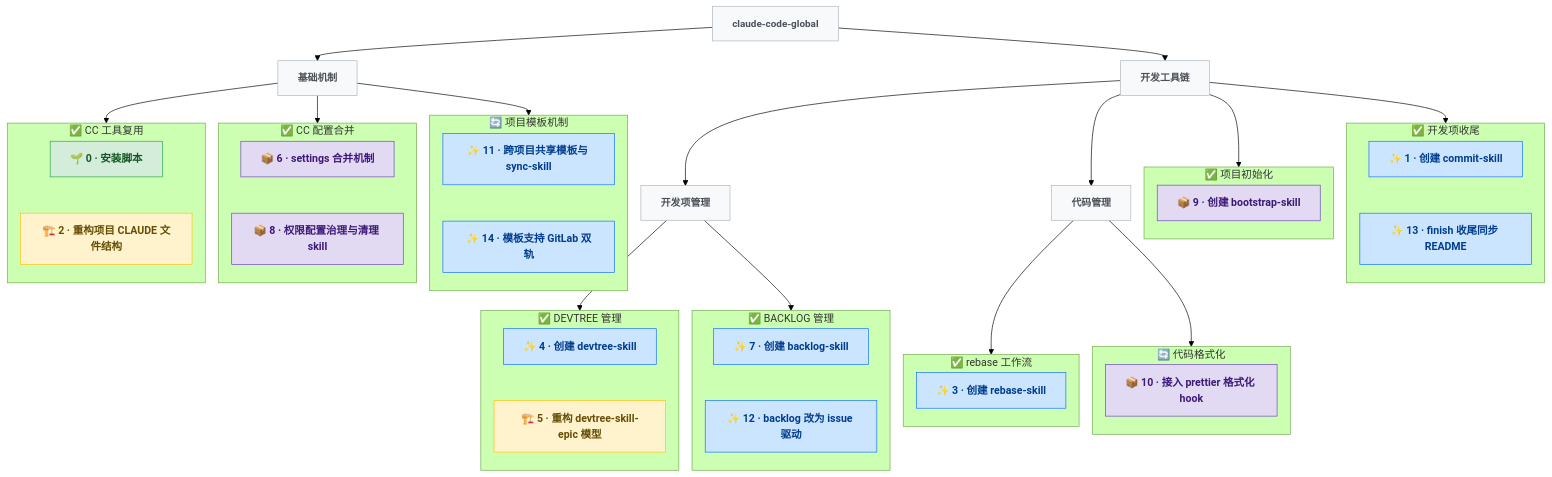
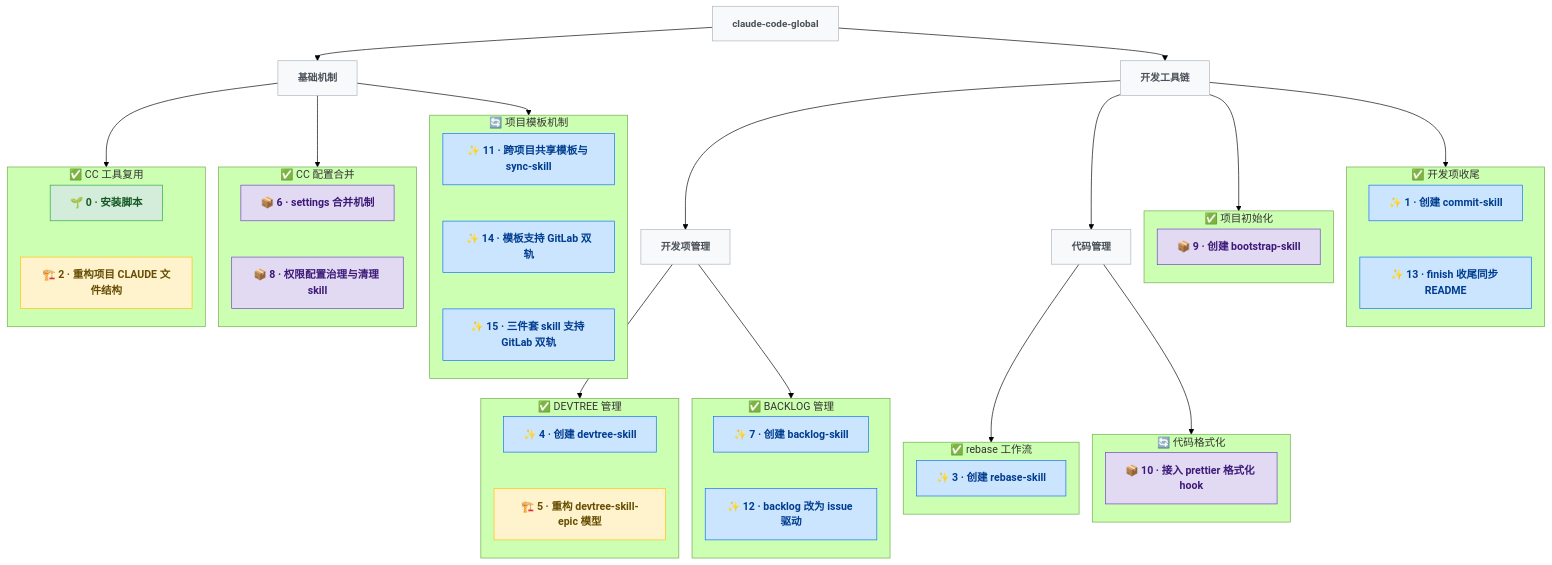
Before and after one commit to pkulijing/claude-code-global: the diagram in docs/DEVTREE.md, drawn with Mermaid (forest theme). The commit also changed other lines of this file and 13 other files, not shown here.

First line of the commit message:
feat(15): 三件套 skill 支持 GitLab 双轨（抽 scripts/platform_issue.py helper）

```diff
--- a/docs/DEVTREE.md
+++ b/docs/DEVTREE.md
@@ -59,7 +59,9 @@
     direction TB
     N11["✨ 11 · 跨项目共享模板与 sync-skill"]:::feature
     N14["✨ 14 · 模板支持 GitLab 双轨"]:::feature
+    N15["✨ 15 · 三件套 skill 支持 GitLab 双轨"]:::feature
     N11 ~~~ N14
+    N14 ~~~ N15
   end
 
   subgraph e_bootstrap["✅ 项目初始化"]
```
